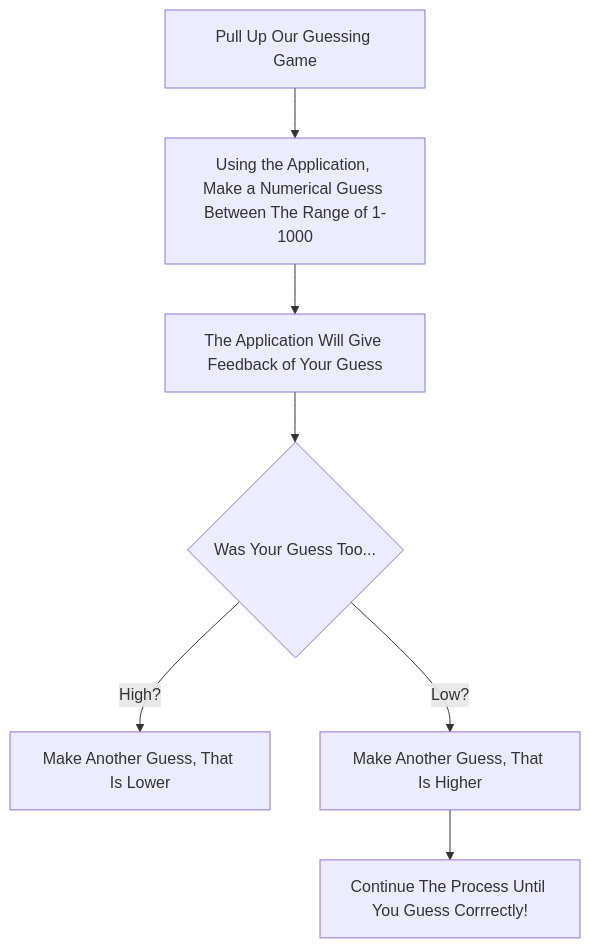
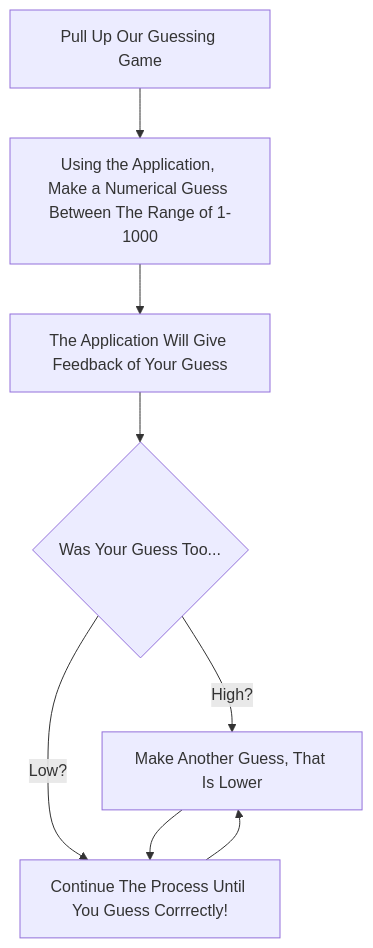
Before and after one commit to isagar930/isagar930.github.io: the diagram in README.md, drawn with Mermaid.

````diff
--- a/README.md
+++ b/README.md
@@ -21,7 +21,8 @@
 ```mermaid
 flowchart TD
 A[Pull Up Our Guessing Game] --> B[Using the Application, Make a Numerical Guess Between The Range of 1-1000] --> C[The Application Will Give Feedback of Your Guess]
 --> D{Was Your Guess Too...}
 D --> |High?| E[Make Another Guess, That Is Lower]
-D --> |Low?| F[Make Another Guess, That Is Higher] --> EF[Continue The Process Until You Guess Corrrectly!]
+D --> |Low?| F[Make Another Guess, That Is Higher] -->
+E --> F[Continue The Process Until You Guess Corrrectly!]
 ```
````
